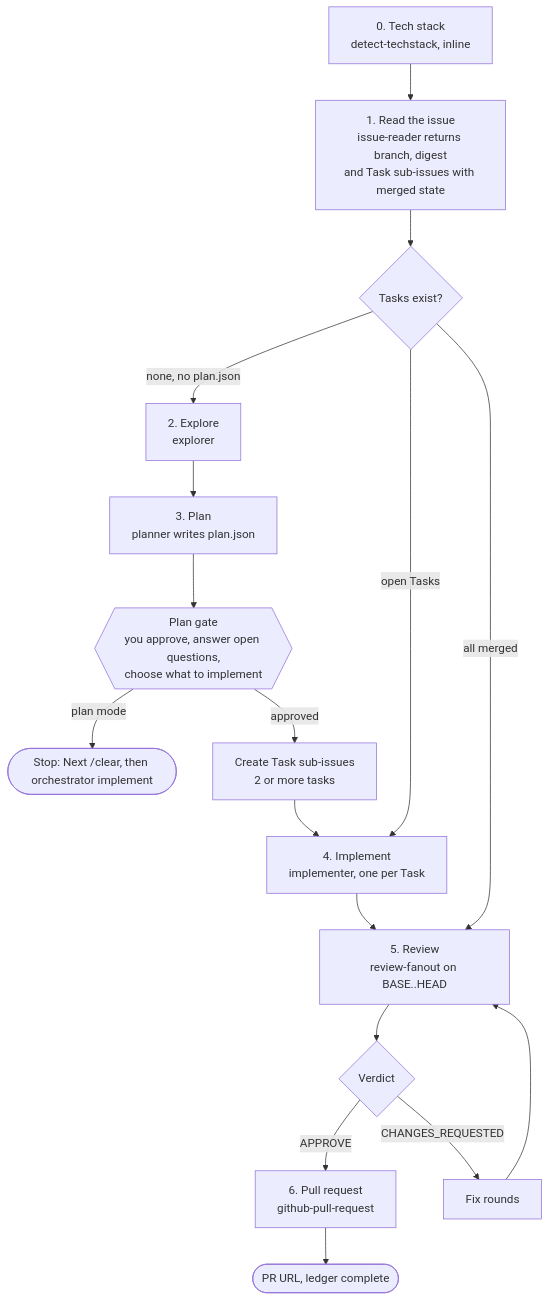
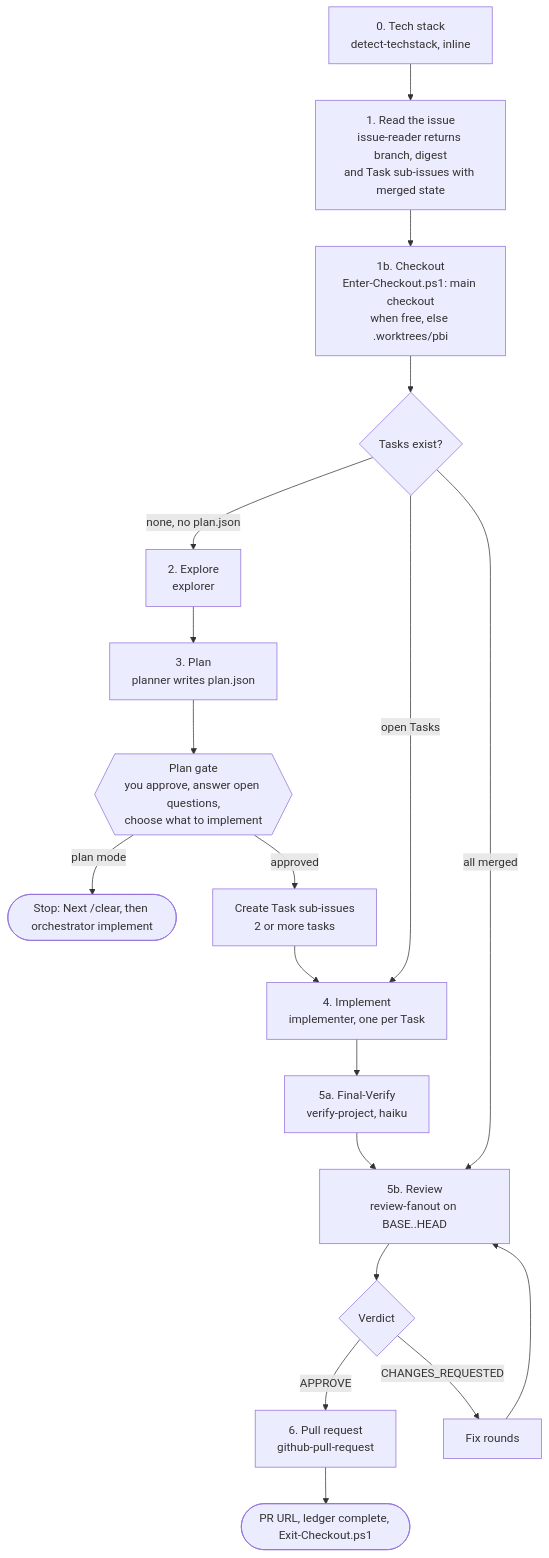
Before and after one commit to GravionLabs/apm-hub: the second of 11 diagrams in docs/orchestrator.md, drawn with Mermaid. The commit also changed other lines of this file and 215 other files, not shown here.

````diff
--- a/docs/orchestrator.md
+++ b/docs/orchestrator.md
@@ -55,18 +62,18 @@
 ```mermaid
 flowchart TD
-    S0["0. Tech stack<br/>detect-techstack, inline"] --> S1["1. Read the issue<br/>issue-reader returns branch, digest<br/>and Task sub-issues with merged state"]
-    S1 --> Q{"Tasks exist?"}
+    S0["0. Tech stack<br/>detect-techstack, inline"] --> S1["1. Read the issue<br/>issue-reader returns branch, digest<br/>and Task sub-issues with merged state"] --> S1B["1b. Checkout<br/>Enter-Checkout.ps1: main checkout<br/>when free, else .worktrees/pbi"]
+    S1B --> Q{"Tasks exist?"}
     Q -->|"none, no plan.json"| S2["2. Explore<br/>explorer"]
     Q -->|"open Tasks"| S4
     Q -->|"all merged"| S5
     S2 --> S3["3. Plan<br/>planner writes plan.json"]
     S3 --> G1{{"Plan gate<br/>you approve, answer open questions,<br/>choose what to implement"}}
     G1 -->|"plan mode"| STOP([Stop: Next /clear, then orchestrator implement])
     G1 -->|"approved"| PUB["Create Task sub-issues<br/>2 or more tasks"]
     PUB --> S4["4. Implement<br/>implementer, one per Task"]
-    S4 --> S5["5. Review<br/>review-fanout on BASE..HEAD"]
+    S4 --> FV["5a. Final-Verify<br/>verify-project, haiku"] --> S5["5b. Review<br/>review-fanout on BASE..HEAD"]
     S5 --> V{"Verdict"}
     V -->|"APPROVE"| S6["6. Pull request<br/>github-pull-request"]
     V -->|"CHANGES_REQUESTED"| FIX["Fix rounds"] --> S5
-    S6 --> END([PR URL, ledger complete])
+    S6 --> END([PR URL, ledger complete, Exit-Checkout.ps1])
 ```
````
